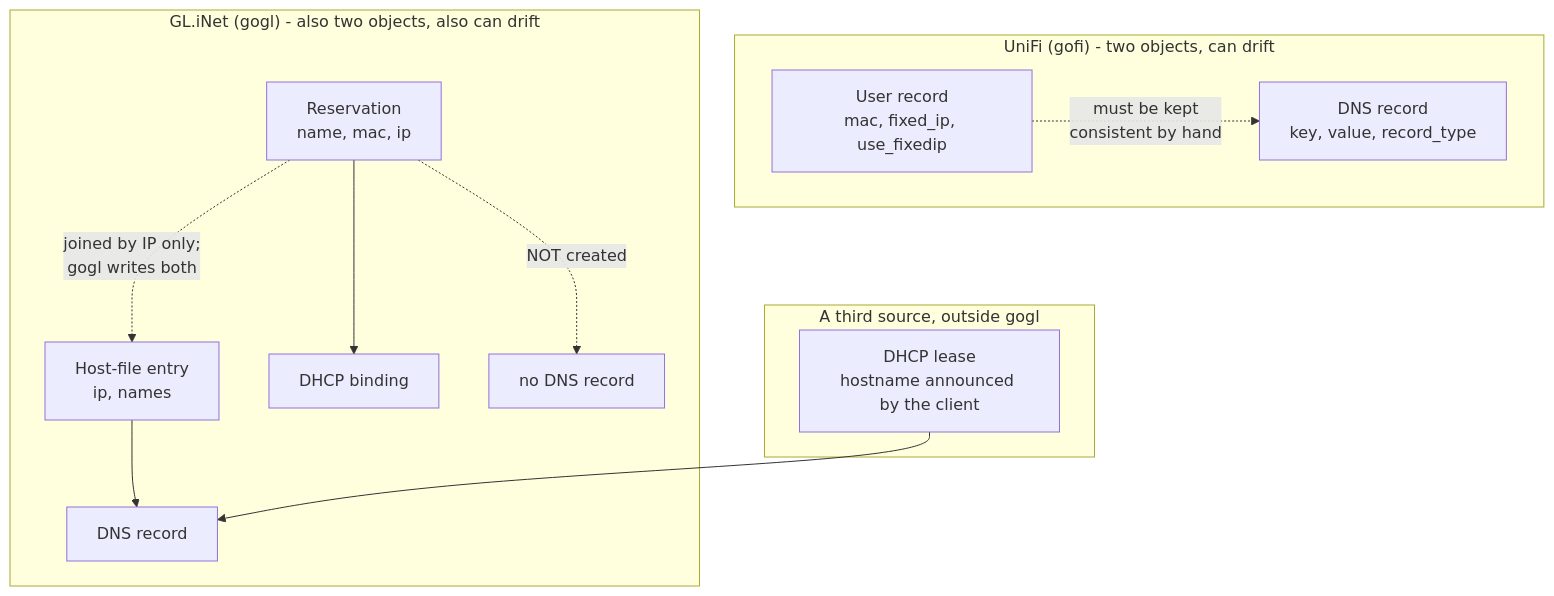
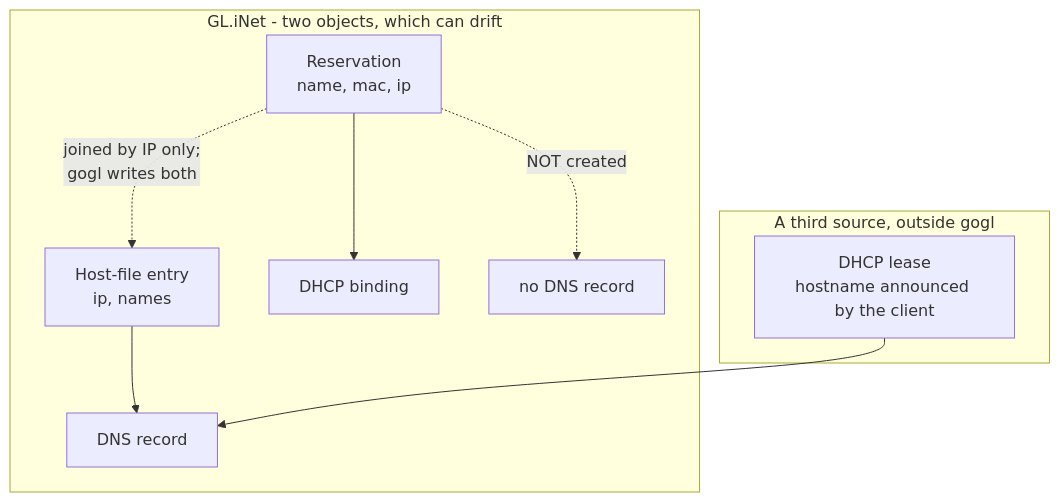
The seventh of 8 diagrams in docs/DESIGN.md (emergingrobotics/gogl), drawn with Mermaid before and after one commit. The commit also changed other lines of this file and 12 other files, not shown here.

````diff
--- a/docs/DESIGN.md
+++ b/docs/DESIGN.md
@@ -452,22 +459,16 @@
 ```mermaid
 graph TB
-    subgraph unifi["UniFi (gofi) - two objects, can drift"]
-        U["User record<br/>mac, fixed_ip, use_fixedip"]
-        D["DNS record<br/>key, value, record_type"]
-        U -.->|"must be kept<br/>consistent by hand"| D
-    end
-
-    subgraph glinet["GL.iNet (gogl) - also two objects, also can drift"]
+    subgraph glinet["GL.iNet - two objects, which can drift"]
         R["Reservation<br/>name, mac, ip"]
         H["Host-file entry<br/>ip, names"]
         R --> DHCP["DHCP binding"]
         R -.->|"NOT created"| X["no DNS record"]
         H --> DNS["DNS record"]
         R -.->|"joined by IP only;<br/>gogl writes both"| H
     end
 
     subgraph actual["A third source, outside gogl"]
         LEASE["DHCP lease<br/>hostname announced by the client"]
         LEASE --> DNS
     end
 ```
````
